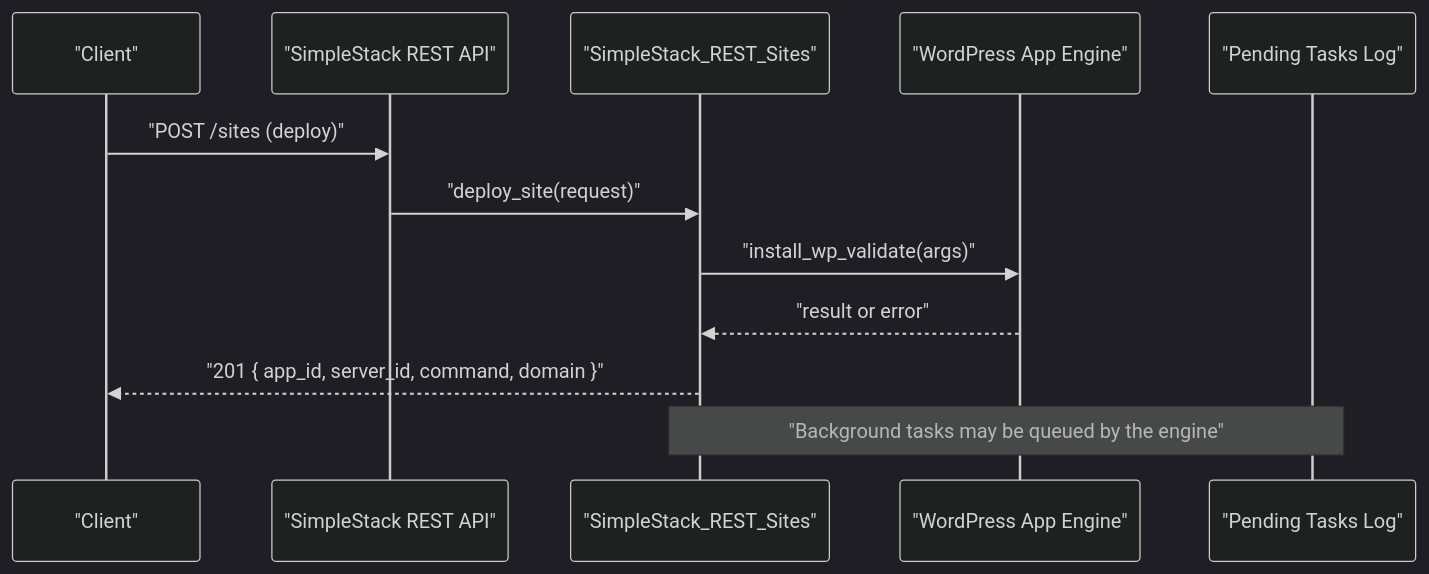
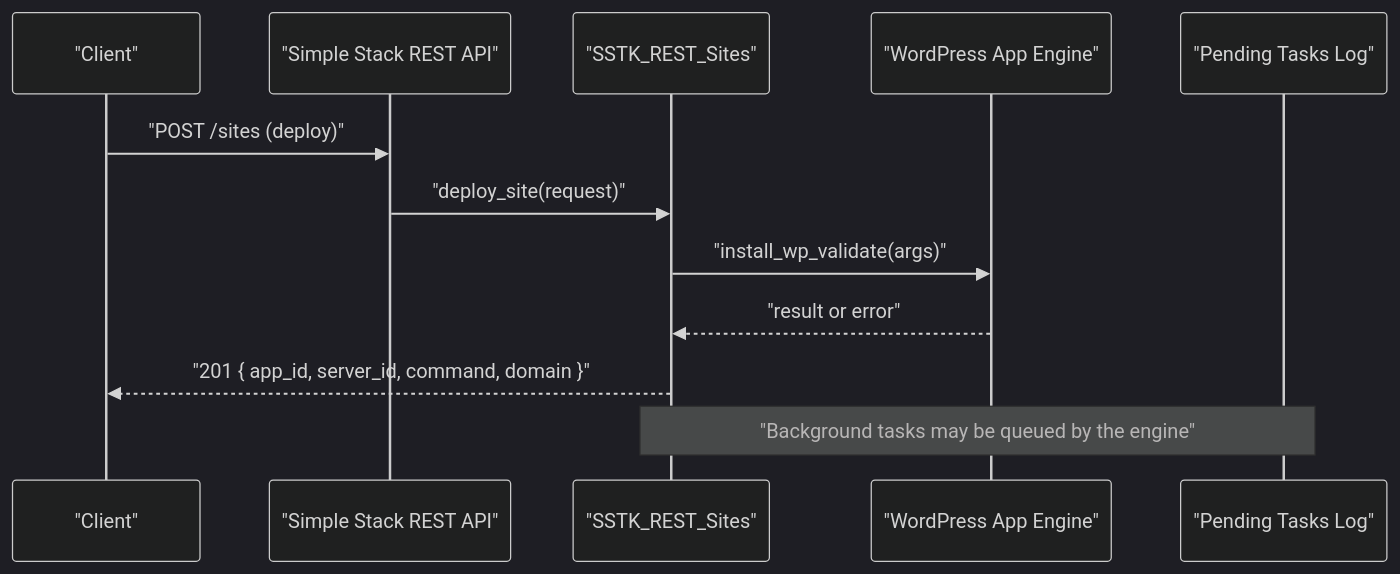
One commit to onedogsolutions/simple-stack changed the second of 3 diagrams in .qoder/repowiki/en/content/REST API Reference/Sites API.md. Above: the diagram before and after it, drawn with Mermaid (dark theme). The commit also changed other lines of this file and 5941 other files, not shown here.

First line of the commit message:
refactor(core): rebrand WPCloudDeploy to Simple Stack with new namespaces and prefixes

````diff
--- a/.qoder/repowiki/en/content/REST API Reference/Sites API.md
+++ b/.qoder/repowiki/en/content/REST API Reference/Sites API.md
@@ -96,14 +98,14 @@
 ```mermaid
 sequenceDiagram
 participant Client as "Client"
-participant SS_API as "SimpleStack REST API"
-participant SS_Sites as "SimpleStack_REST_Sites"
+participant SS_API as "Simple Stack REST API"
+participant SS_Sites as "SSTK_REST_Sites"
 participant WP_App as "WordPress App Engine"
 participant Pending as "Pending Tasks Log"
 Client->>SS_API : "POST /sites (deploy)"
 SS_API->>SS_Sites : "deploy_site(request)"
 SS_Sites->>WP_App : "install_wp_validate(args)"
 WP_App-->>SS_Sites : "result or error"
 SS_Sites-->>Client : "201 { app_id, server_id, command, domain }"
 Note over SS_Sites,Pending : "Background tasks may be queued by the engine"
 ```
````
